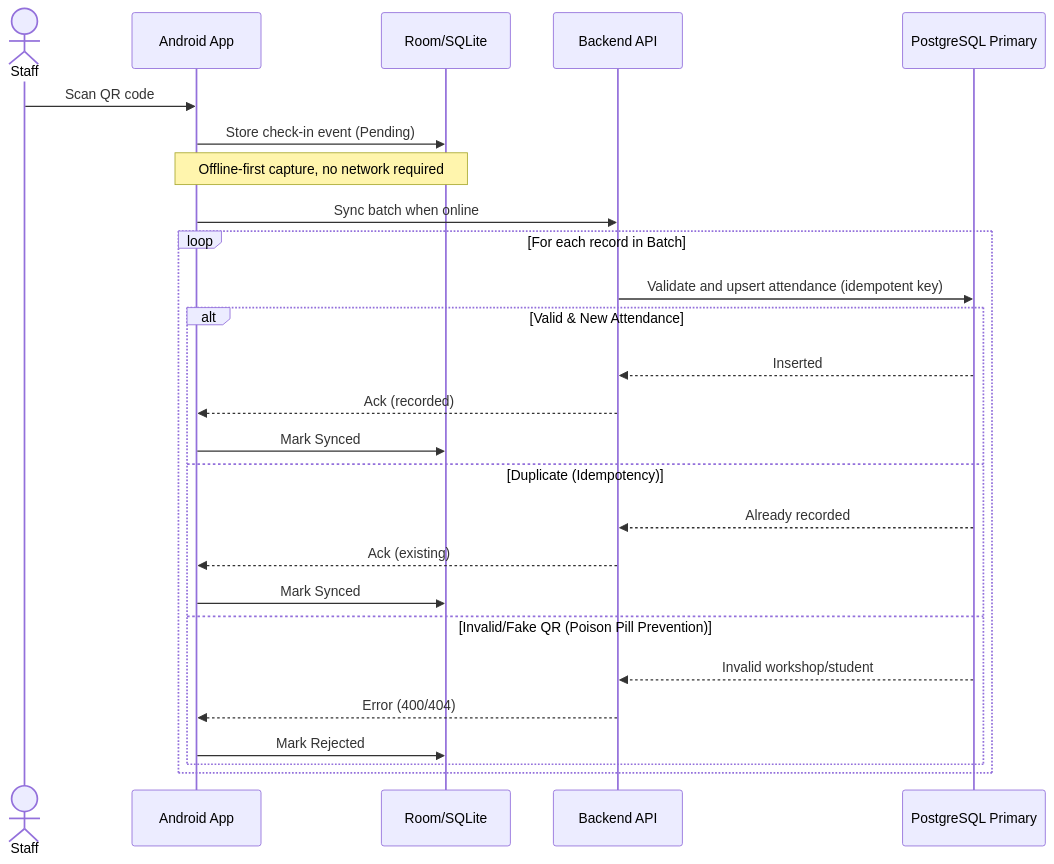
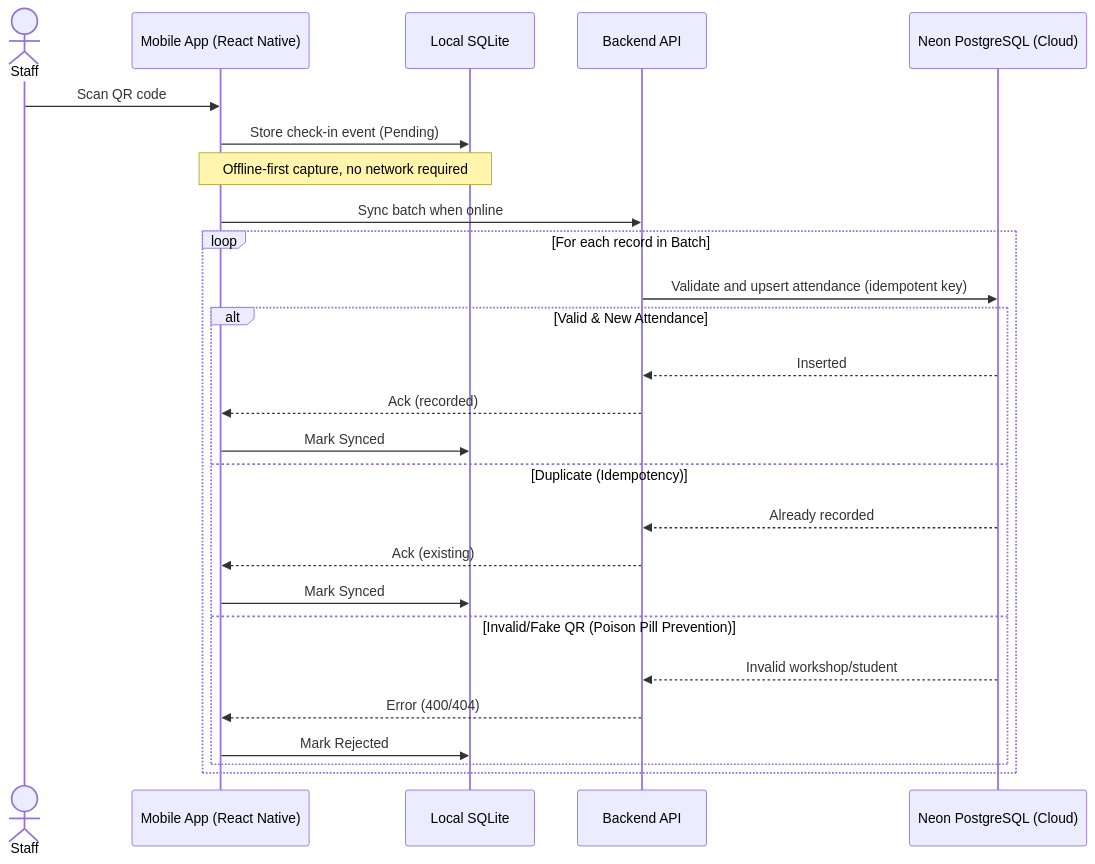
Before and after one commit to phatnguyen975/unihub-workshop: the fourth of 10 diagrams in blueprint/design.md, drawn with Mermaid. The commit also changed other lines of this file and 1 other file, not shown here.

Commit message:
docs: update system architecture diagram

````diff
--- a/blueprint/design.md
+++ b/blueprint/design.md
@@ -246,30 +253,30 @@
 ```mermaid
 sequenceDiagram
   actor Staff
-  participant Mobile as Android App
-  participant Local as Room/SQLite
+  participant Mobile as Mobile App (React Native)
+  participant Local as Local SQLite
   participant API as Backend API
-  participant DB as PostgreSQL Primary
+  participant DB as Neon PostgreSQL (Cloud)
 
   Staff->>Mobile: Scan QR code
   Mobile->>Local: Store check-in event (Pending)
   Note over Mobile,Local: Offline-first capture, no network required
 
   Mobile->>API: Sync batch when online
   loop For each record in Batch
     API->>DB: Validate and upsert attendance (idempotent key)
     alt Valid & New Attendance
       DB-->>API: Inserted
       API-->>Mobile: Ack (recorded)
       Mobile->>Local: Mark Synced
     else Duplicate (Idempotency)
       DB-->>API: Already recorded
       API-->>Mobile: Ack (existing)
       Mobile->>Local: Mark Synced
     else Invalid/Fake QR (Poison Pill Prevention)
       DB-->>API: Invalid workshop/student
       API-->>Mobile: Error (400/404)
       Mobile->>Local: Mark Rejected
     end
   end
 ```
````
